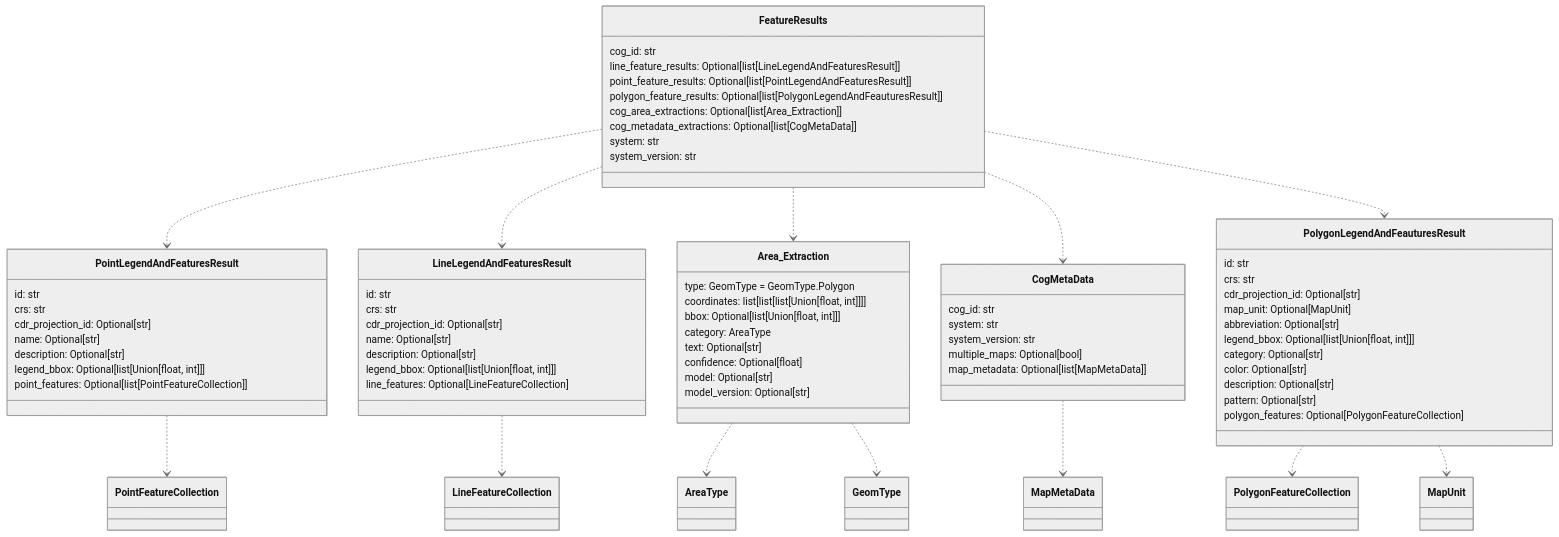
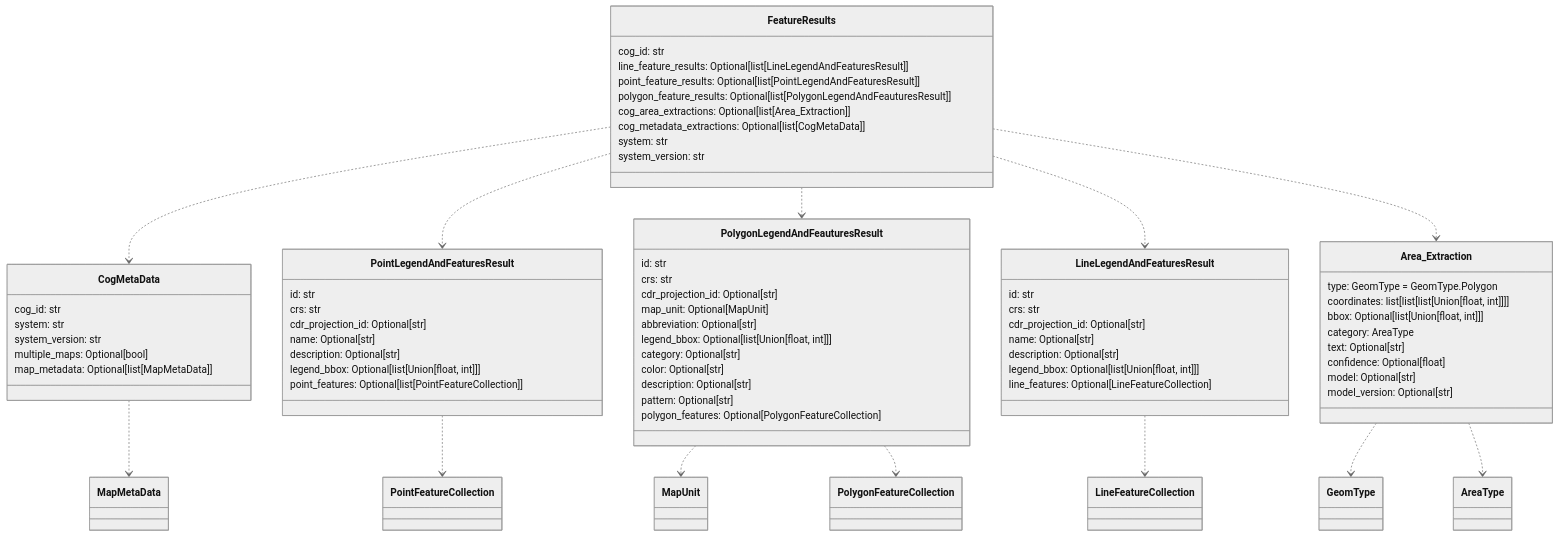
Before and after one commit to DARPA-CRITICALMAAS/cdr_schemas: the fourth of 12 diagrams in README.md, drawn with Mermaid (neutral theme). The commit also changed other lines of this file and 2 other files, not shown here.

````diff
--- a/README.md
+++ b/README.md
@@ -235,82 +235,82 @@
 ```mermaid
 classDiagram
 
     class FeatureResults {
         cog_id: str
         line_feature_results: Optional[list[LineLegendAndFeaturesResult]]
         point_feature_results: Optional[list[PointLegendAndFeaturesResult]]
         polygon_feature_results: Optional[list[PolygonLegendAndFeauturesResult]]
         cog_area_extractions: Optional[list[Area_Extraction]]
         cog_metadata_extractions: Optional[list[CogMetaData]]
         system: str
         system_version: str
     }
 
+    class CogMetaData {
+        cog_id: str
+        system: str
+        system_version: str
+        multiple_maps: Optional[bool]
+        map_metadata: Optional[list[MapMetaData]]
+    }
+
     class PointLegendAndFeaturesResult {
         id: str
         crs: str
         cdr_projection_id: Optional[str]
         name: Optional[str]
         description: Optional[str]
         legend_bbox: Optional[list[Union[float, int]]]
         point_features: Optional[list[PointFeatureCollection]]
+    }
+
+    class PolygonLegendAndFeauturesResult {
+        id: str
+        crs: str
+        cdr_projection_id: Optional[str]
+        map_unit: Optional[MapUnit]
+        abbreviation: Optional[str]
+        legend_bbox: Optional[list[Union[float, int]]]
+        category: Optional[str]
+        color: Optional[str]
+        description: Optional[str]
+        pattern: Optional[str]
+        polygon_features: Optional[PolygonFeatureCollection]
     }
 
     class LineLegendAndFeaturesResult {
         id: str
         crs: str
         cdr_projection_id: Optional[str]
         name: Optional[str]
         description: Optional[str]
         legend_bbox: Optional[list[Union[float, int]]]
         line_features: Optional[LineFeatureCollection]
     }
 
     class Area_Extraction {
         type: GeomType = GeomType.Polygon
         coordinates: list[list[list[Union[float, int]]]]
         bbox: Optional[list[Union[float, int]]]
         category: AreaType
         text: Optional[str]
         confidence: Optional[float]
         model: Optional[str]
         model_version: Optional[str]
     }
 
-    class CogMetaData {
-        cog_id: str
-        system: str
-        system_version: str
-        multiple_maps: Optional[bool]
-        map_metadata: Optional[list[MapMetaData]]
-    }
-
-    class PolygonLegendAndFeauturesResult {
-        id: str
-        crs: str
-        cdr_projection_id: Optional[str]
-        map_unit: Optional[MapUnit]
-        abbreviation: Optional[str]
-        legend_bbox: Optional[list[Union[float, int]]]
-        category: Optional[str]
-        color: Optional[str]
-        description: Optional[str]
-        pattern: Optional[str]
-        polygon_features: Optional[PolygonFeatureCollection]
-    }
-
+    Area_Extraction ..> GeomType
     Area_Extraction ..> AreaType
-    Area_Extraction ..> GeomType
     LineLegendAndFeaturesResult ..> LineFeatureCollection
     PointLegendAndFeaturesResult ..> PointFeatureCollection
+    PolygonLegendAndFeauturesResult ..> MapUnit
     PolygonLegendAndFeauturesResult ..> PolygonFeatureCollection
-    PolygonLegendAndFeauturesResult ..> MapUnit
     CogMetaData ..> MapMetaData
+    FeatureResults ..> CogMetaData
     FeatureResults ..> PointLegendAndFeaturesResult
+    FeatureResults ..> PolygonLegendAndFeauturesResult
     FeatureResults ..> LineLegendAndFeaturesResult
     FeatureResults ..> Area_Extraction
-    FeatureResults ..> CogMetaData
-    FeatureResults ..> PolygonLegendAndFeauturesResult
 
 
 ```
````
